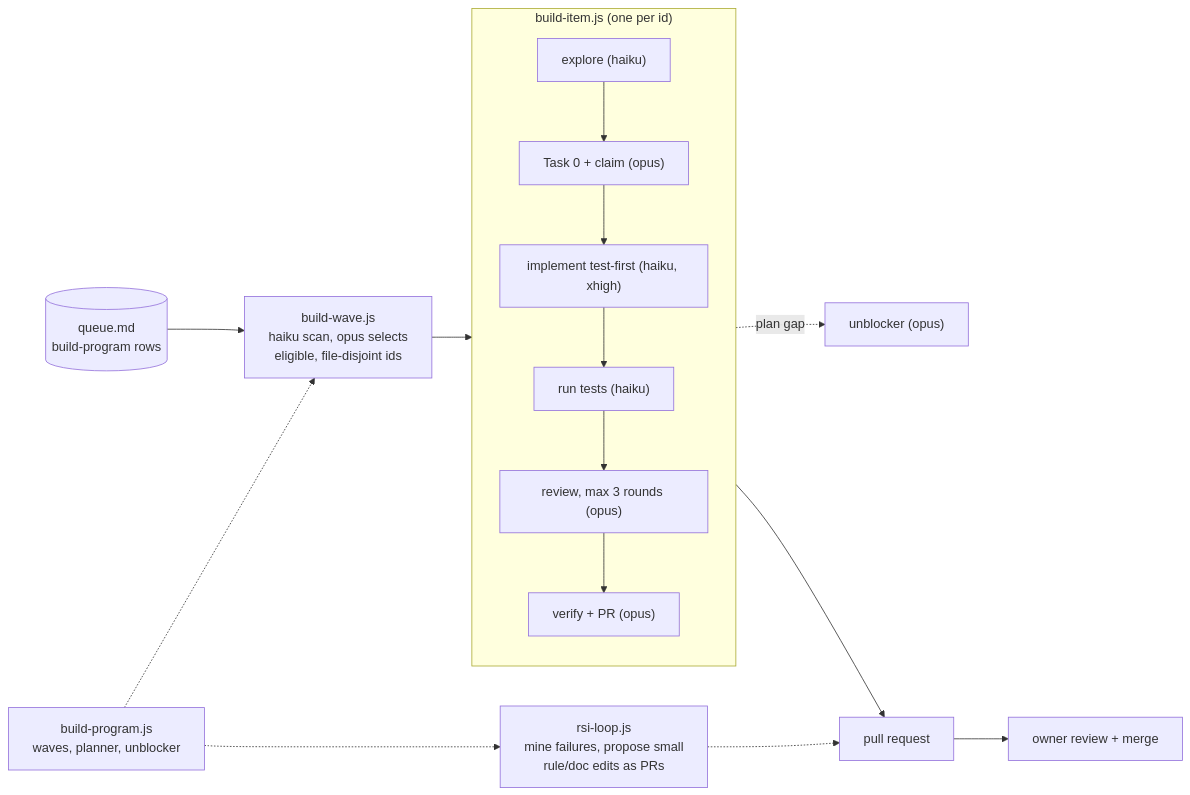
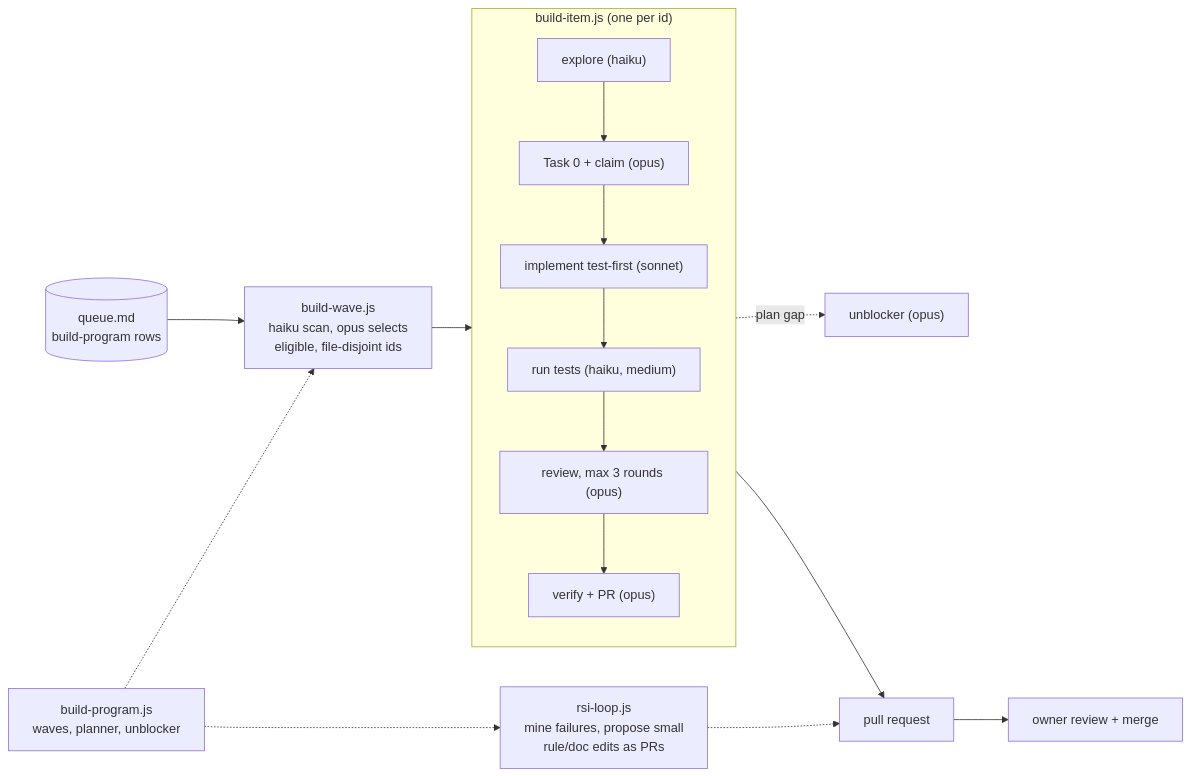
Before and after one commit to BrooklynD23/HealthCentral: the fourth of 4 diagrams in docs/architecture/overview.md, drawn with Mermaid. The commit also changed 5 other files, not shown here.

First line of the commit message:
chore: Sonnet 5.5 implements, Haiku 5.5 medium runs test scripts only (owner, 2026-10-29)

````diff
--- a/docs/architecture/overview.md
+++ b/docs/architecture/overview.md
@@ -146,19 +146,19 @@
 ```mermaid
 flowchart LR
     Q[("queue.md<br/>build-program rows")] --> WAVE["build-wave.js<br/>haiku scan, opus selects<br/>eligible, file-disjoint ids"]
     WAVE --> ITEM
     subgraph ITEM["build-item.js (one per id)"]
         direction TB
         E["explore (haiku)"] --> T0["Task 0 + claim (opus)"]
-        T0 --> IMP["implement test-first (haiku, xhigh)"]
-        IMP --> TST["run tests (haiku)"]
+        T0 --> IMP["implement test-first (sonnet)"]
+        IMP --> TST["run tests (haiku, medium)"]
         TST --> REV["review, max 3 rounds (opus)"]
         REV --> VER["verify + PR (opus)"]
     end
     T0 -.->|"plan gap"| UNB["unblocker (opus)"]
     VER --> PR["pull request"]
     PR --> OWN["owner review + merge"]
     PRG["build-program.js<br/>waves, planner, unblocker"] -.-> WAVE
     PRG -.-> RSI["rsi-loop.js<br/>mine failures, propose small<br/>rule/doc edits as PRs"]
     RSI -.-> PR
 ```
````
